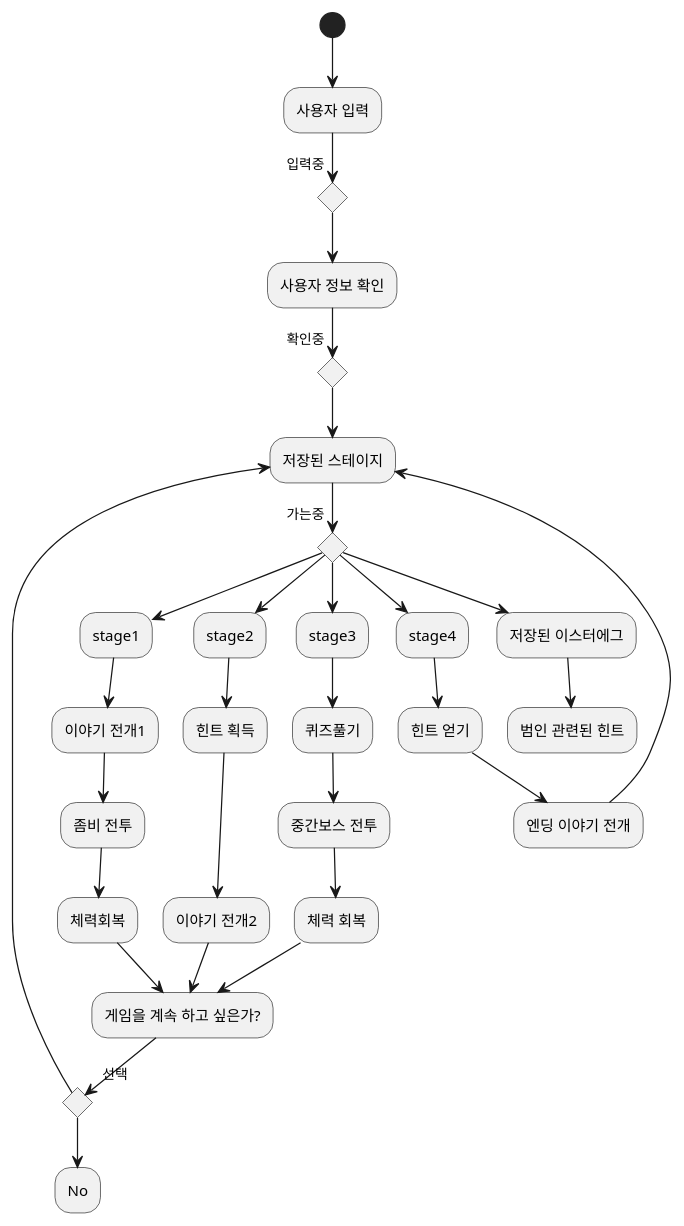
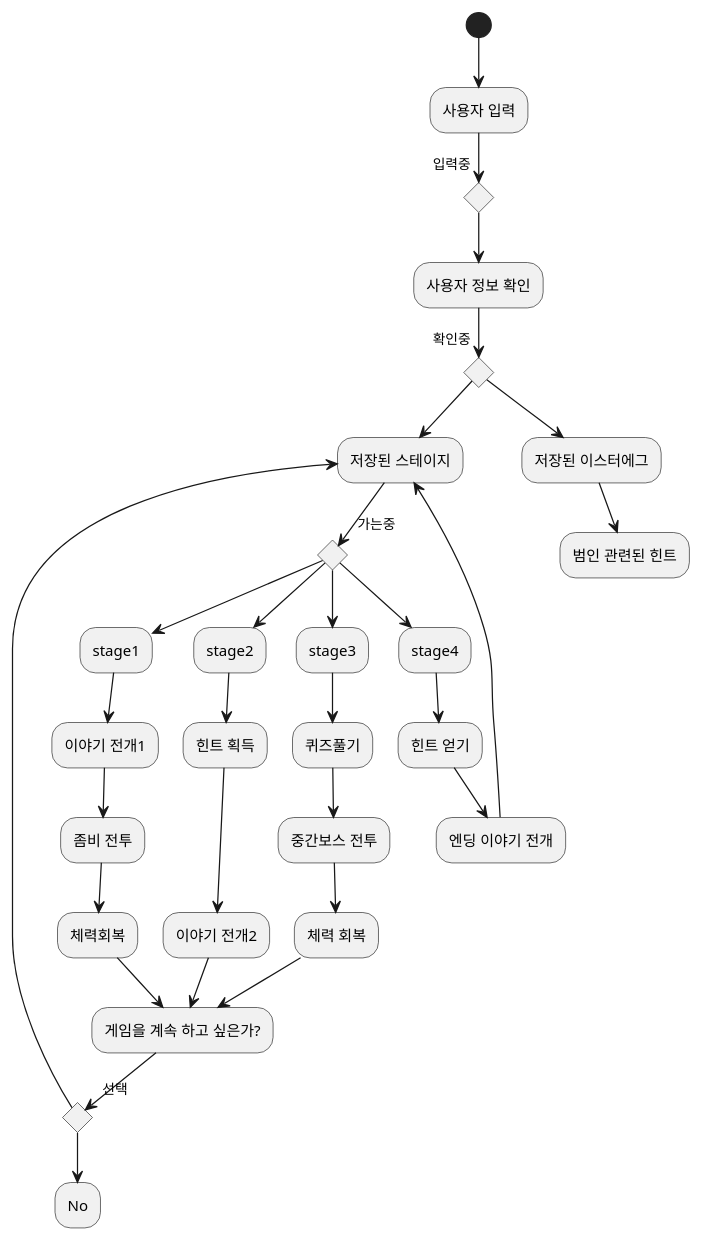
One commit to leehj24/software_prj changed the diagram in UML/activity.pu. Above: the diagram before and after it, drawn with PlantUML.

Commit message:
activity 수정2

```diff
--- a/UML/activity.pu
+++ b/UML/activity.pu
@@ -1,41 +1,42 @@
 @startuml
-
 (*) --> "사용자 입력" 
 if "입력중" then
 -->"사용자 정보 확인"
 if "확인중" then
 -->"저장된 스테이지"
 if "가는중"then
  --> "stage1"
 -->"이야기 전개1"
 -->"좀비 전투"
 -->"체력회복"
 -->"게임을 계속 하고 싶은가?"
 else 
 -->"stage2"
 -->"힌트 획득"
 -->"이야기 전개2"
 -->"게임을 계속 하고 싶은가?"
 else 
 -->"stage3"
 -->"퀴즈풀기"
 -->"중간보스 전투"
 -->"체력 회복"
 -->"게임을 계속 하고 싶은가?"
 if "선택" then
 -left->"저장된 스테이지"
 else
 -->"No"
 endif
 
 else 
 -->"stage4"
 -->"힌트 얻기"
 -->"엔딩 이야기 전개"
--right->"저장된 스테이지"
+-->"저장된 스테이지"
 
-else
+endif
+
+  else
  --> "저장된 이스터에그"
  --> "범인 관련된 힌트"
 
 @enduml
```
